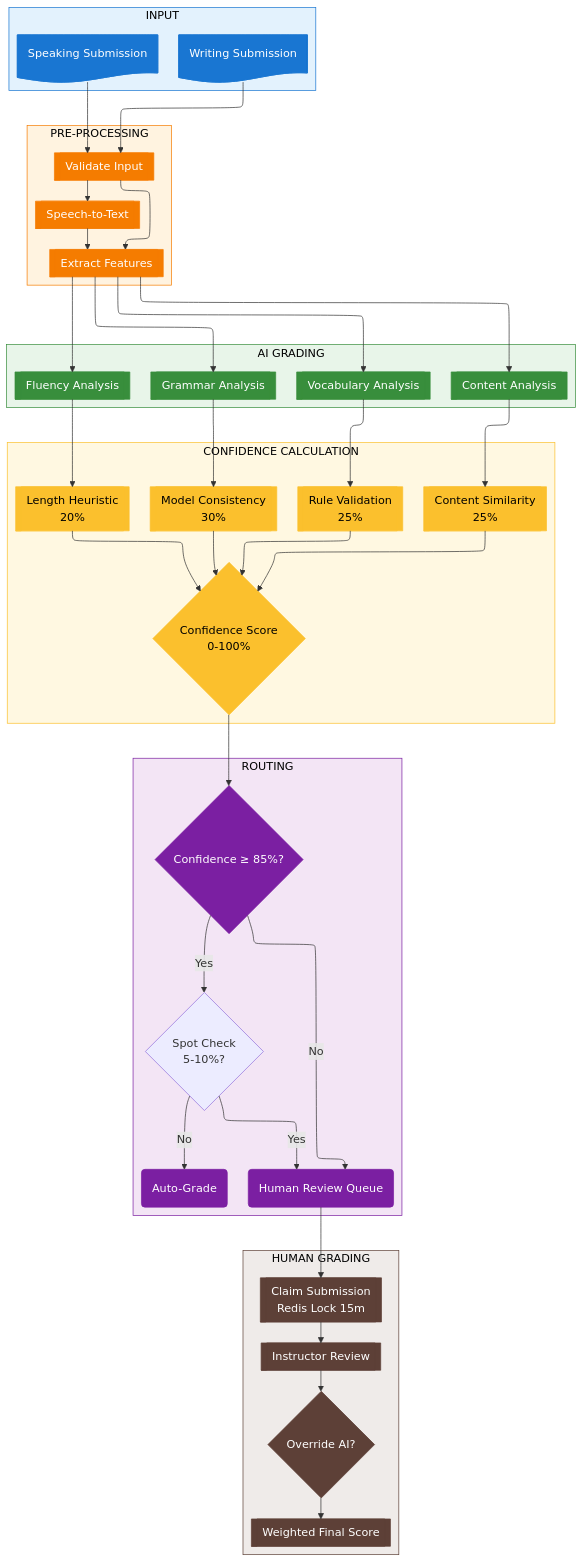
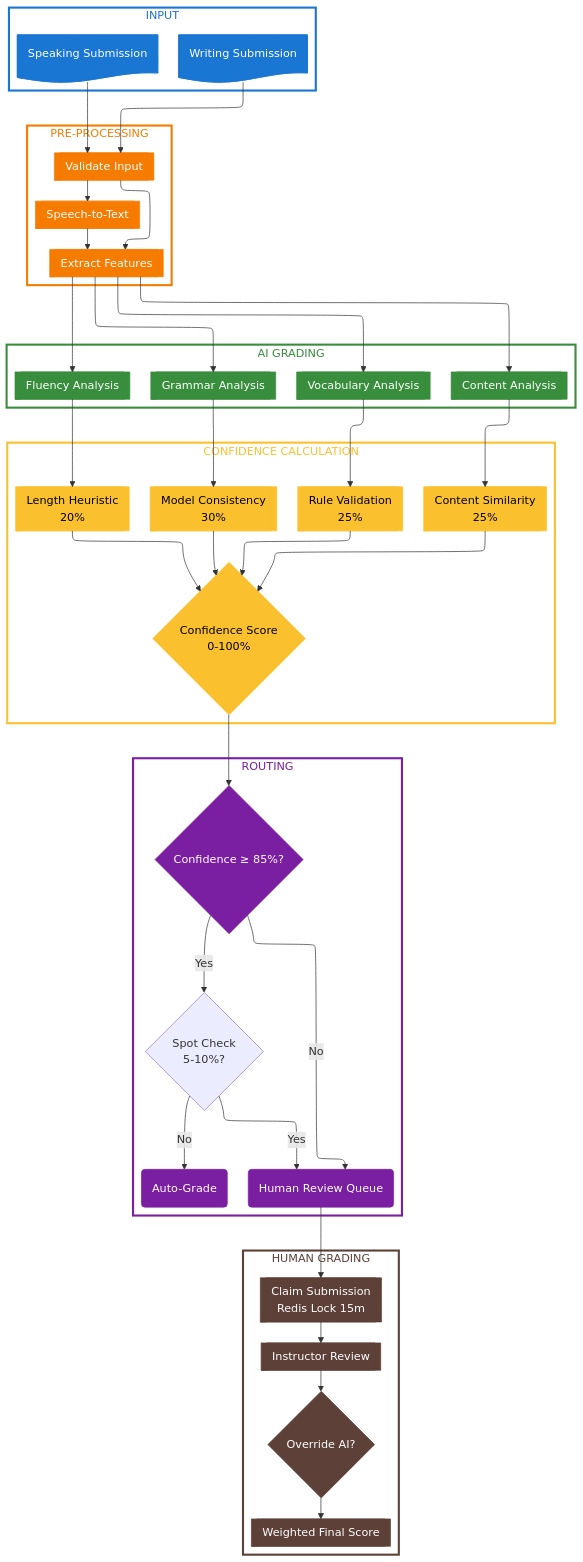
One commit to nghyane/VSTEP changed the eighth of 12 diagrams in docs/capstone/diagrams/flow-diagrams.vi.md. Above: the diagram before and after it, drawn with Mermaid. The commit also changed other lines of this file, not shown here.

```diff
--- a/docs/capstone/diagrams/flow-diagrams.vi.md
+++ b/docs/capstone/diagrams/flow-diagrams.vi.md
@@ -539,12 +539,12 @@
     classDef human fill:#5d4037,stroke:#5d4037,color:#fff
 
     %% Boxes
-    classDef inputBox fill:#e3f2fd,stroke:#1976d2,color:#000
-    classDef processBox fill:#fff3e0,stroke:#f57c00,color:#000
-    classDef aiBox fill:#e8f5e9,stroke:#388e3c,color:#000
-    classDef confBox fill:#fff8e1,stroke:#fbc02d,color:#000
-    classDef routeBox fill:#f3e5f5,stroke:#7b1fa2,color:#000
-    classDef humanBox fill:#efebe9,stroke:#5d4037,color:#000
+    classDef inputBox fill:none,stroke:#1976d2,stroke-width:3px,color:#1976d2
+    classDef processBox fill:none,stroke:#f57c00,stroke-width:3px,color:#f57c00
+    classDef aiBox fill:none,stroke:#388e3c,stroke-width:3px,color:#388e3c
+    classDef confBox fill:none,stroke:#fbc02d,stroke-width:3px,color:#fbc02d
+    classDef routeBox fill:none,stroke:#7b1fa2,stroke-width:3px,color:#7b1fa2
+    classDef humanBox fill:none,stroke:#5d4037,stroke-width:3px,color:#5d4037
 
     class Input inputBox
     class Preprocess processBox
```
